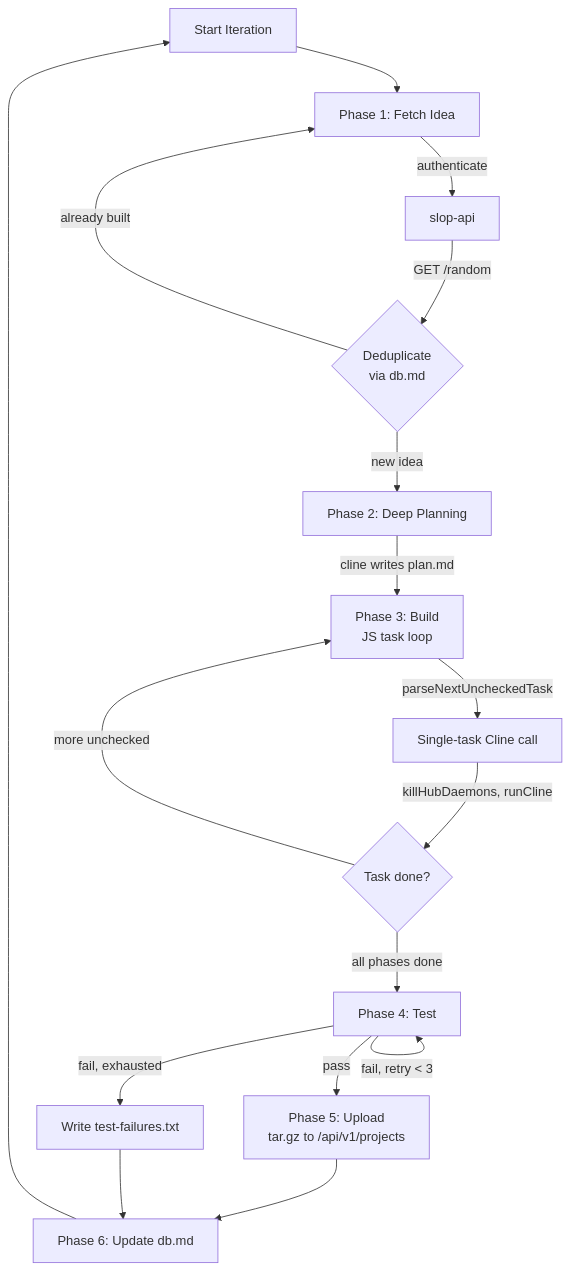
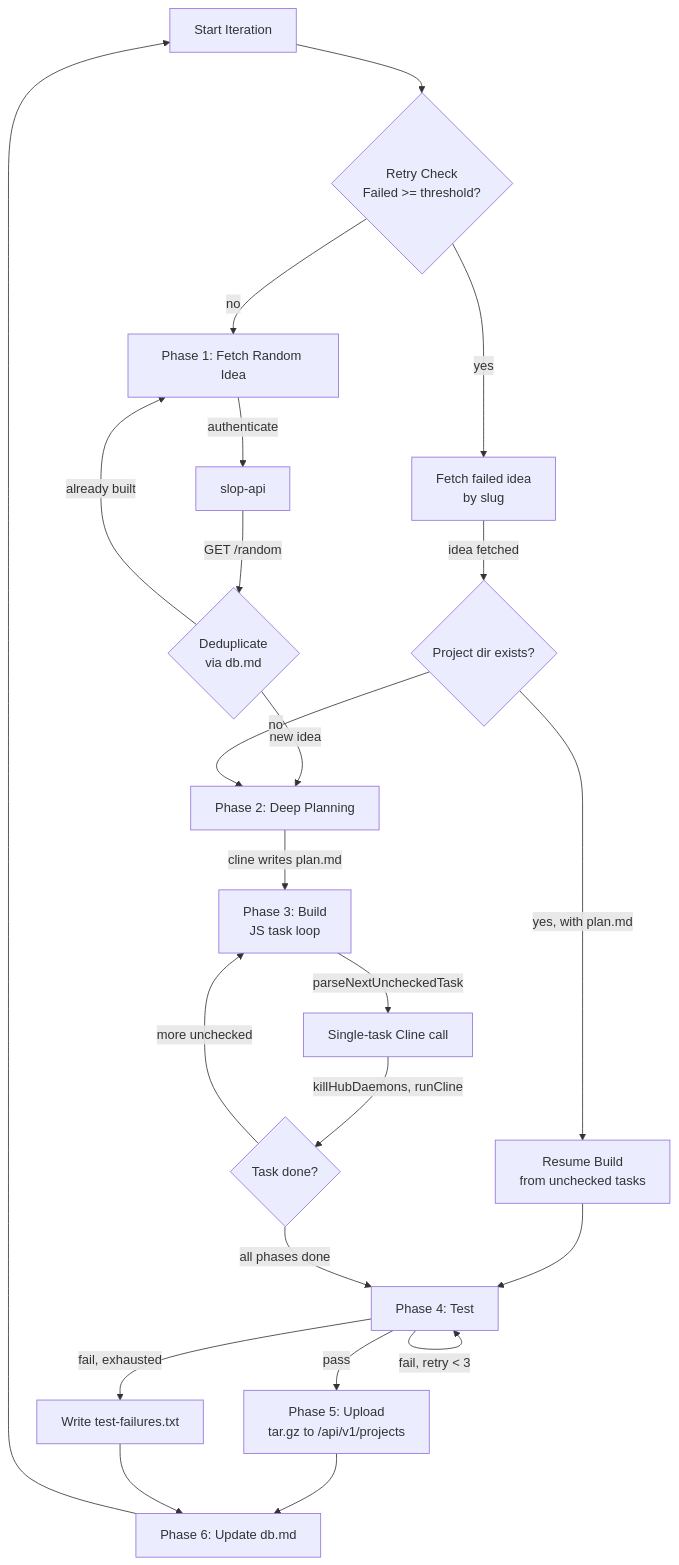
Before and after one commit to jtmb/slop-generator: the diagram in docs/SLOP-BUILDER.md, drawn with Mermaid. The commit also changed other lines of this file and 29 other files, not shown here.

First line of the commit message:
feat(builder): add failed project retry mechanism with max retries config

````diff
--- a/docs/SLOP-BUILDER.md
+++ b/docs/SLOP-BUILDER.md
@@ -11,19 +11,25 @@
 ```mermaid
 flowchart TB
-    S[Start Iteration] --> F[Phase 1: Fetch Idea]
+    S[Start Iteration] --> R{Retry Check<br/>Failed >= threshold?}
+    R -->|yes| RF[Fetch failed idea<br/>by slug]
+    R -->|no| F[Phase 1: Fetch Random Idea]
+    RF -->|idea fetched| RP{Project dir exists?}
     F -->|authenticate| A[slop-api]
     A -->|GET /random| D{Deduplicate<br/>via db.md}
     D -->|already built| F
     D -->|new idea| P[Phase 2: Deep Planning]
+    RP -->|yes, with plan.md| RB[Resume Build<br/>from unchecked tasks]
+    RP -->|no| P
+    RB --> T[Phase 4: Test]
     P -->|cline writes plan.md| B[Phase 3: Build<br/>JS task loop]
     B -->|parseNextUncheckedTask| T1[Single-task Cline call]
     T1 -->|killHubDaemons, runCline| T2{Task done?}
     T2 -->|more unchecked| B
-    T2 -->|all phases done| T[Phase 4: Test]
+    T2 -->|all phases done| T
     T -->|pass| U[Phase 5: Upload<br/>tar.gz to /api/v1/projects]
     T -->|fail, retry < 3| T
     T -->|fail, exhausted| X[Write test-failures.txt]
     U --> D2[Phase 6: Update db.md]
     X --> D2
     D2 --> S
 ```
````
